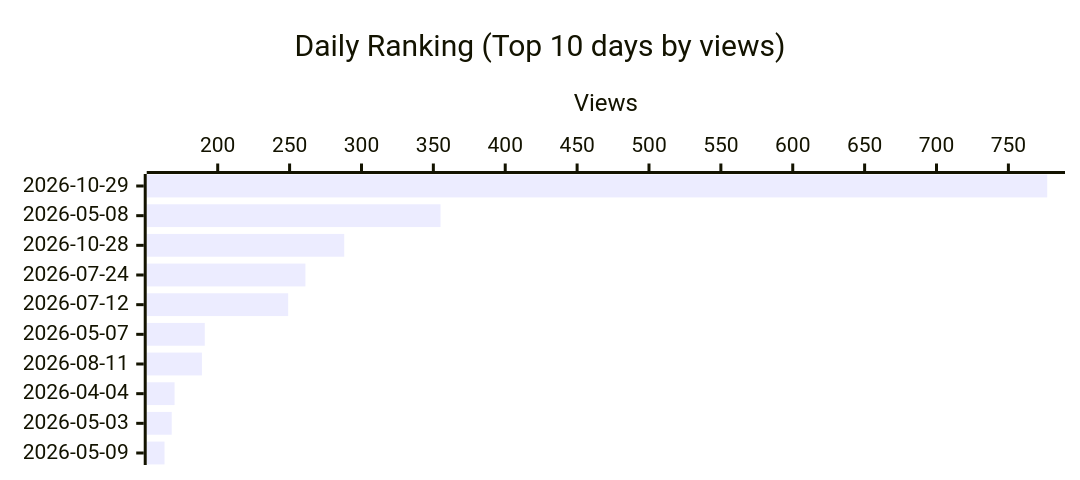
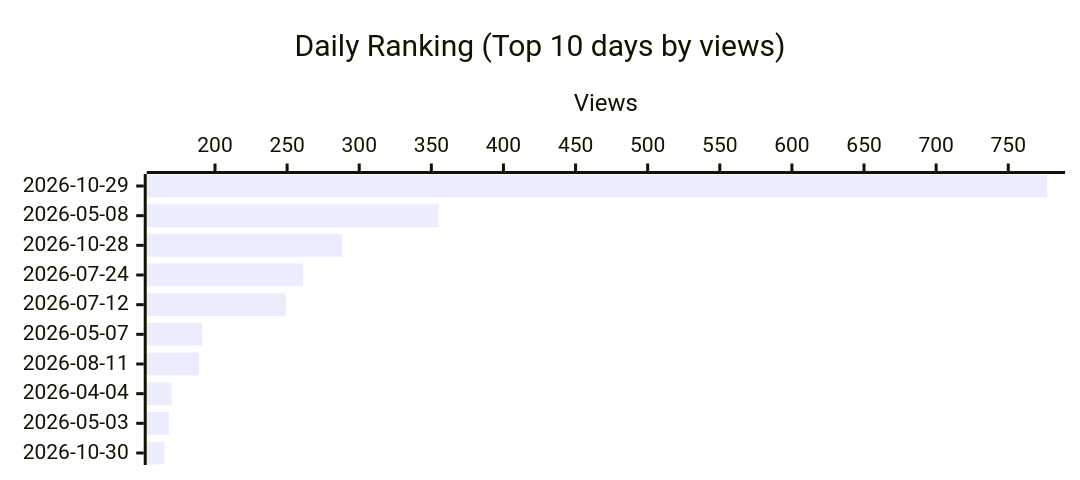
The third of 4 diagrams in README.md (shigechika/github-insights), drawn with Mermaid before and after one commit. The commit also changed other lines of this file and 1 other file, not shown here.

````diff
--- a/README.md
+++ b/README.md
@@ -43,12 +43,12 @@
 ```mermaid
 ---
 config:
   xyChart:
     height: 300
 ---
 xychart-beta horizontal
     title "Daily Ranking (Top 10 days by views)"
-    x-axis ["2026-10-29", "2026-05-08", "2026-10-28", "2026-07-24", "2026-07-12", "2026-05-07", "2026-08-11", "2026-04-04", "2026-05-03", "2026-05-09"]
+    x-axis ["2026-10-29", "2026-05-08", "2026-10-28", "2026-07-24", "2026-07-12", "2026-05-07", "2026-08-11", "2026-04-04", "2026-05-03", "2026-10-30"]
     y-axis "Views"
-    bar [777, 355, 288, 261, 249, 191, 189, 170, 168, 163]
+    bar [777, 355, 288, 261, 249, 191, 189, 170, 168, 165]
 ```
````
